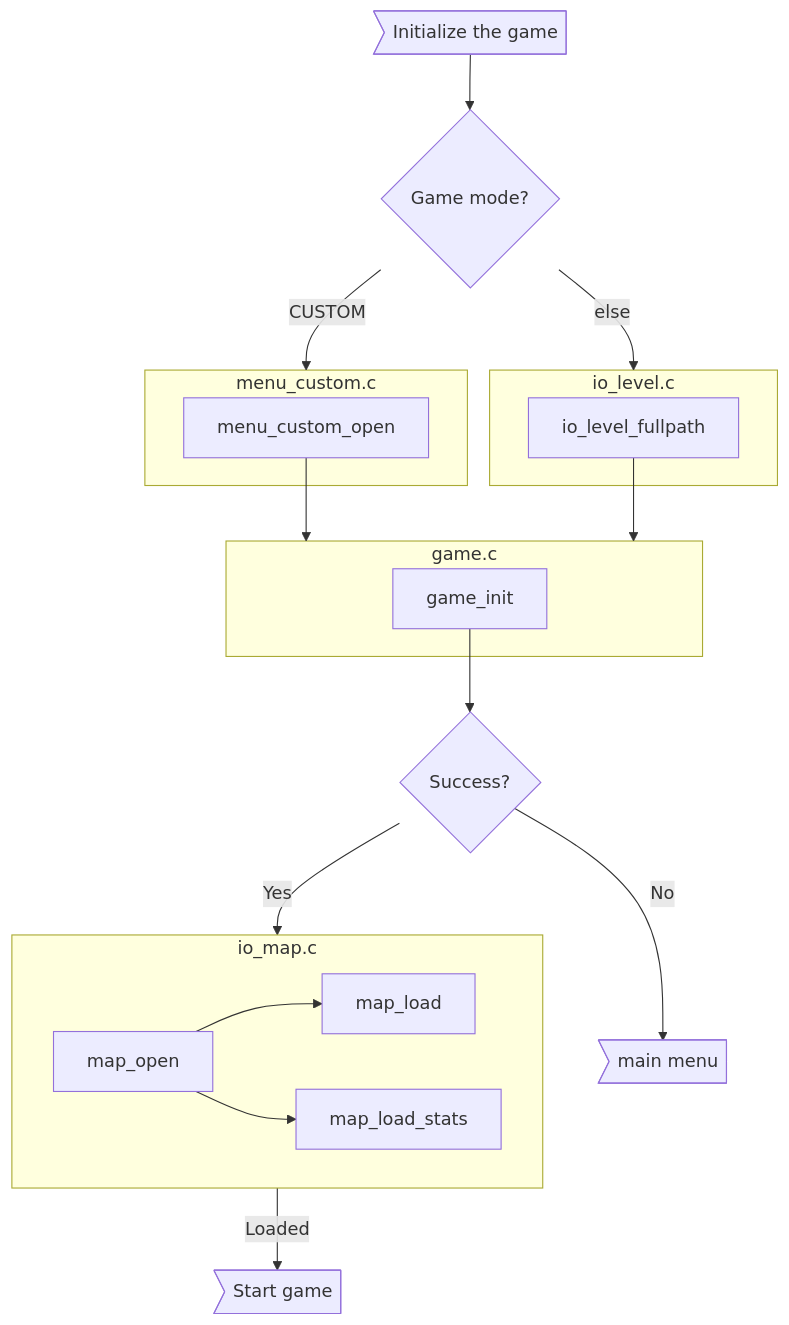
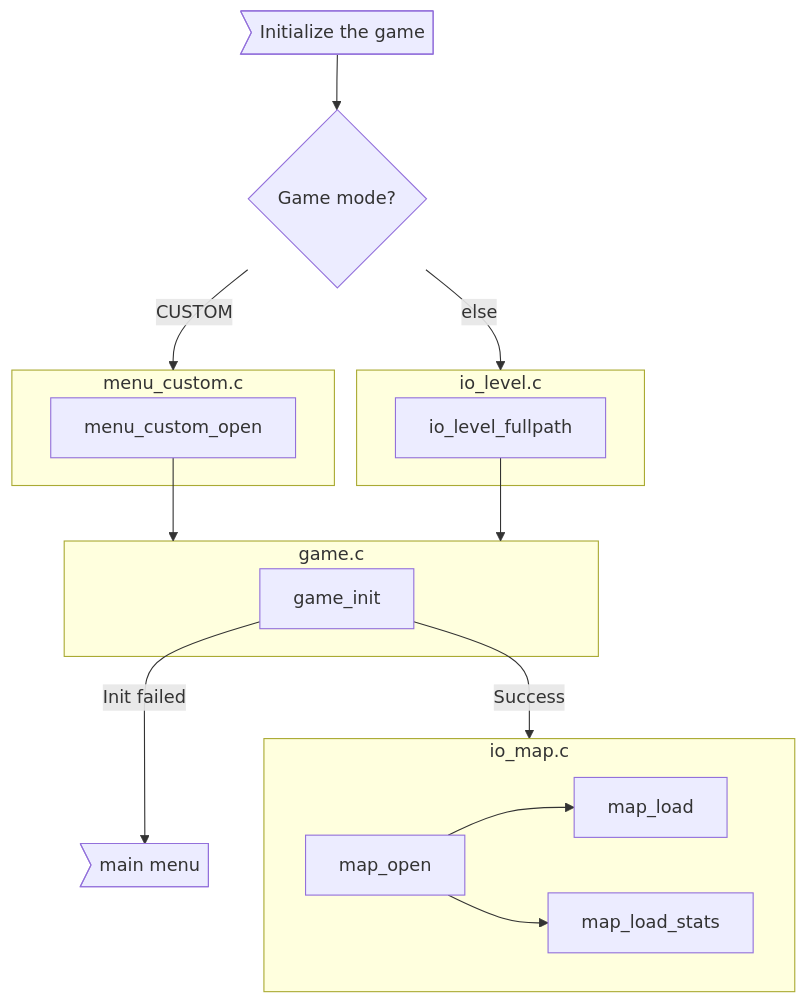
The second of 4 diagrams in DEV_DOC.md (zsotroav/Schokoban), drawn with Mermaid before and after one commit. The commit also changed other lines of this file and 1 other file, not shown here.

````diff
--- a/DEV_DOC.md
+++ b/DEV_DOC.md
@@ -103,36 +103,34 @@
 ```mermaid
 flowchart TD
    init>Initialize the game]
 
    init --> mode{Game mode?} --> |CUSTOM| menu_custom   
    mode --> |else| io_level
 
    subgraph menu_custom[menu_custom.c]
       menu_custom_open[menu_custom_open]
    end
 
 
    subgraph io_level[io_level.c]
       io_level_fullpath[io_level_fullpath] 
    end
 
    subgraph game[game.c]
       game_init[game_init]
    end
 
    subgraph io_map[io_map.c]
       map_open[map_open]
       map_load[map_load]
       map_load_stats[map_load_stats]
    end
 
    menu_custom_open  --> game
    io_level_fullpath --> game
 
-   game_init --> success{Success?} --> |Yes| io_map
-   success --> |No| main_menu>main menu]
+   game_init --> |Success| io_map
+   game_init --> |Init failed| main_menu>main menu]
    map_open --> map_load
    map_open --> map_load_stats
-
-   io_map --> |Loaded| start>Start game]
 ```
````
